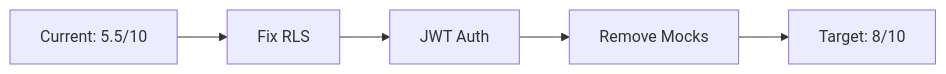
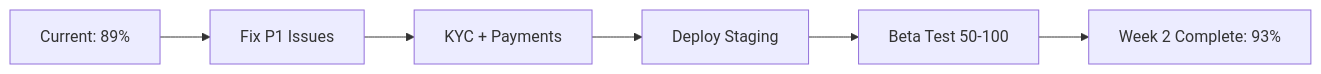
Before and after one commit to takeyourtokenapp/tyt.app: the first of 3 diagrams in NEXT_STEPS.md, drawn with Mermaid. The commit also changed other lines of this file and 1 other file, not shown here.

````diff
--- a/NEXT_STEPS.md
+++ b/NEXT_STEPS.md
@@ -48,7 +46,8 @@
 ```mermaid
 graph LR
-    A[Current: 5.5/10] --> B[Fix RLS]
-    B --> C[JWT Auth]
-    C --> D[Remove Mocks]
-    D --> E[Target: 8/10]
+    A[Current: 89%] --> B[Fix P1 Issues]
+    B --> C[KYC + Payments]
+    C --> D[Deploy Staging]
+    D --> E[Beta Test 50-100]
+    E --> F[Week 2 Complete: 93%]
 ```
````
